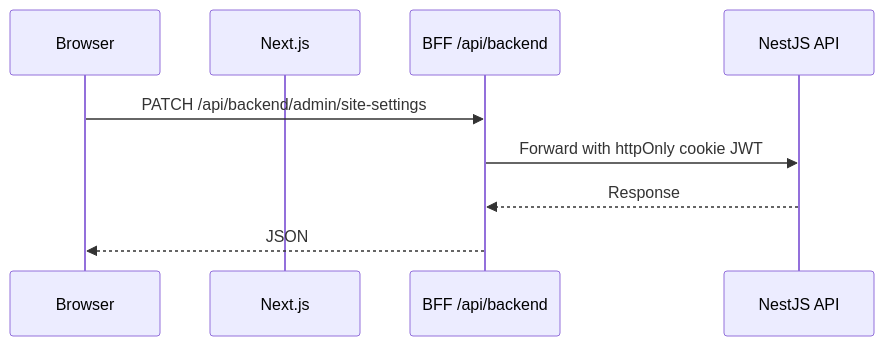
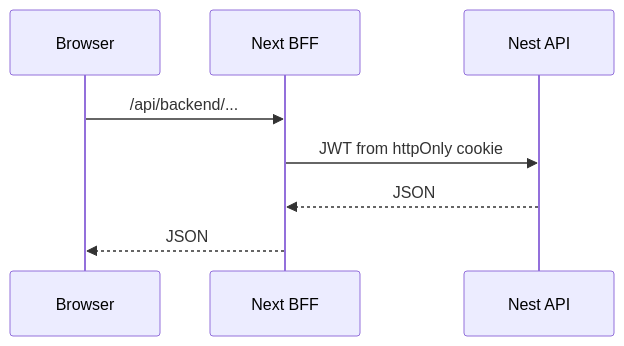
The diagram in md/architecture.md (devTugu/default), drawn with Mermaid before and after one commit. The commit also changed other lines of this file and 29 other files, not shown here.

````diff
--- a/md/architecture.md
+++ b/md/architecture.md
@@ -65,12 +44,10 @@
 ```mermaid
 sequenceDiagram
   participant Browser
-  participant NextApp as Next.js
-  participant BFF as BFF /api/backend
-  participant Nest as NestJS API
-
-  Browser->>BFF: PATCH /api/backend/admin/site-settings
-  BFF->>Nest: Forward with httpOnly cookie JWT
-  Nest-->>BFF: Response
+  participant BFF as Next BFF
+  participant Nest as Nest API
+  Browser->>BFF: /api/backend/...
+  BFF->>Nest: JWT from httpOnly cookie
+  Nest-->>BFF: JSON
   BFF-->>Browser: JSON
 ```
````
